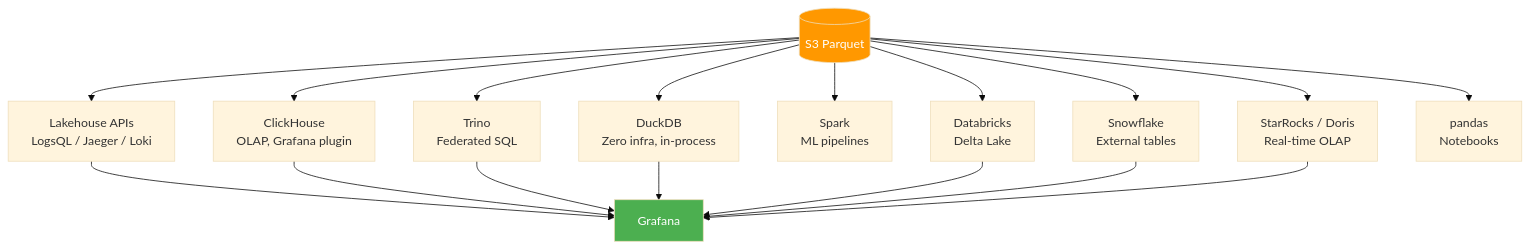
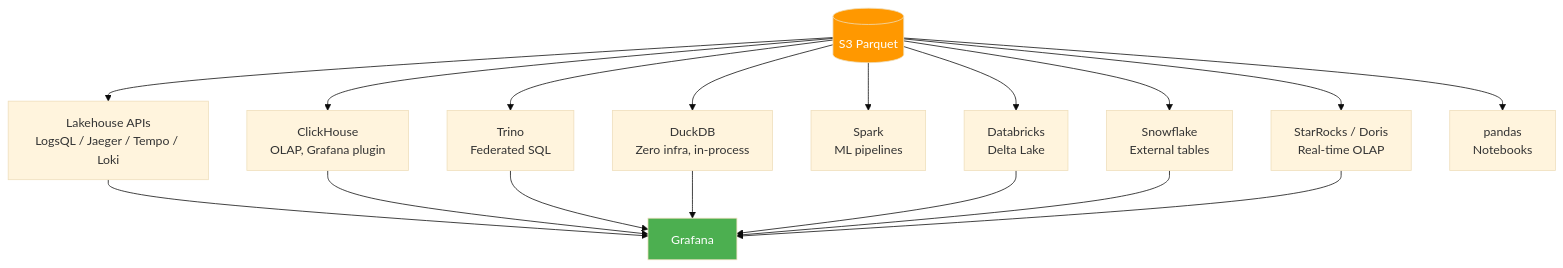
One commit to ReliablyObserve/victoria-lakehouse changed the diagram in docs/analytics-engines.md. Above: the diagram before and after it, drawn with Mermaid (base theme). The commit also changed 84 other files, not shown here.

````diff
--- a/docs/analytics-engines.md
+++ b/docs/analytics-engines.md
@@ -10,23 +10,23 @@
 ```mermaid
 graph TD
-    S3[(S3 Parquet)] --> LH[Lakehouse APIs<br/>LogsQL / Jaeger / Loki]
+    S3[(S3 Parquet)] --> LH[Lakehouse APIs<br/>LogsQL / Jaeger / Tempo / Loki]
     S3 --> DDB[DuckDB<br/>Zero infra, in-process]
     S3 --> CH[ClickHouse<br/>OLAP, Grafana plugin]
     S3 --> TR[Trino<br/>Federated SQL]
     S3 --> SP[Spark<br/>ML pipelines]
     S3 --> DB[Databricks<br/>Delta Lake]
     S3 --> SF[Snowflake<br/>External tables]
     S3 --> SR[StarRocks / Doris<br/>Real-time OLAP]
     S3 --> PD[pandas<br/>Notebooks]
 
     LH --> GR[Grafana]
     CH --> GR
     TR --> GR
     DDB --> GR
     DB --> GR
     SF --> GR
     SR --> GR
 
     style S3 fill:#FF9800,color:#fff
     style GR fill:#4CAF50,color:#fff
 ```
````
